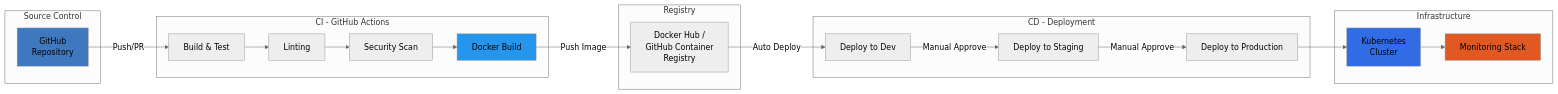
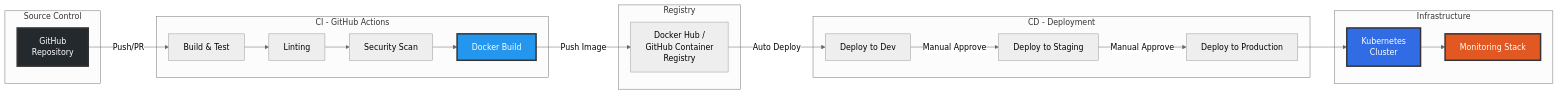
One commit to paelsam/class_smart_microservices changed the fifth of 6 diagrams in README.md. Above: the diagram before and after it, drawn with Mermaid (neutral theme). The commit also changed other lines of this file, not shown here.

````diff
--- a/README.md
+++ b/README.md
@@ -659,46 +656,46 @@
 ```mermaid
 graph LR
     subgraph "Source Control"
         GIT[GitHub<br/>Repository]
     end
     
     subgraph "CI - GitHub Actions"
         BUILD[Build & Test]
         LINT[Linting]
         SECURITY[Security Scan]
         DOCKER[Docker Build]
     end
     
     subgraph "Registry"
         REGISTRY[Docker Hub /<br/>GitHub Container<br/>Registry]
     end
     
     subgraph "CD - Deployment"
         DEV[Deploy to Dev]
         STAGING[Deploy to Staging]
         PROD[Deploy to Production]
     end
     
     subgraph "Infrastructure"
         K8S[Kubernetes<br/>Cluster]
         MONITORING[Monitoring Stack]
     end
     
     GIT -->|Push/PR| BUILD
     BUILD --> LINT
     LINT --> SECURITY
     SECURITY --> DOCKER
     DOCKER -->|Push Image| REGISTRY
     
     REGISTRY -->|Auto Deploy| DEV
     DEV -->|Manual Approve| STAGING
     STAGING -->|Manual Approve| PROD
     
     PROD --> K8S
     K8S --> MONITORING
     
-    style GIT fill:#4078c0
-    style DOCKER fill:#2496ed
-    style K8S fill:#326ce5
-    style MONITORING fill:#e25822
+    style GIT fill:#24292e,stroke:#333,stroke-width:3px,color:#fff
+    style DOCKER fill:#2496ed,stroke:#333,stroke-width:3px,color:#fff
+    style K8S fill:#326ce5,stroke:#333,stroke-width:3px,color:#fff
+    style MONITORING fill:#e25822,stroke:#333,stroke-width:3px,color:#fff
 ```
````
